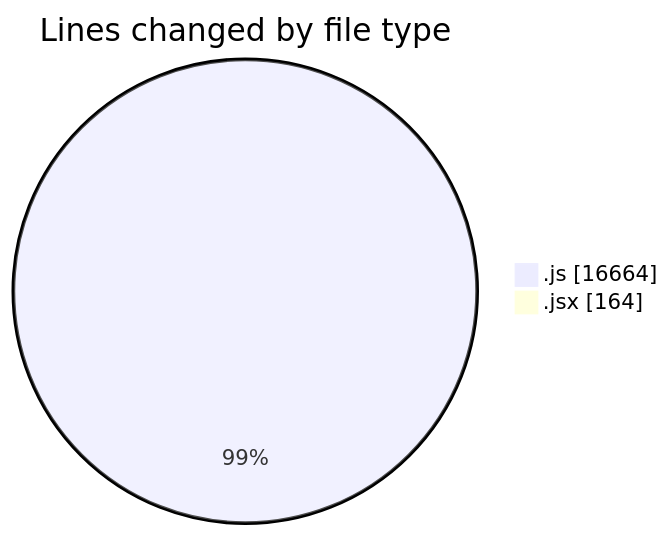
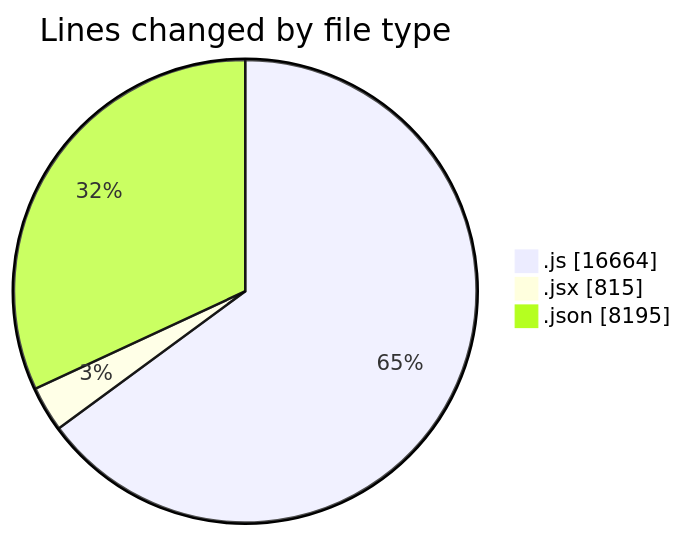
Before and after one commit to nxtqubesakshisongat/code-tracking: the first of 2 diagrams in 2025-12-09/nxtqube_webapp/README.md, drawn with Mermaid. The commit also changed other lines of this file and 1 other file, not shown here.

````diff
--- a/2025-12-09/nxtqube_webapp/README.md
+++ b/2025-12-09/nxtqube_webapp/README.md
@@ -22,6 +24,7 @@
 ```mermaid
 pie showData
 title Lines changed by file type
 ".js" : 16664
-".jsx" : 164
+".jsx" : 815
+".json" : 8195
 ```
````
